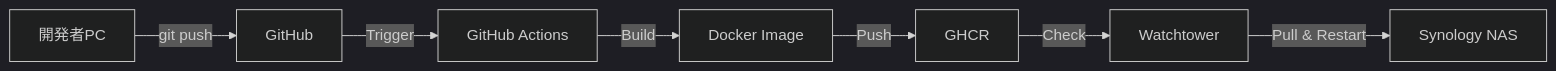
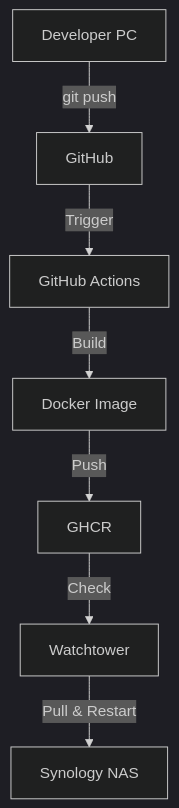
One commit to fluxrozin/kotonoha-bot changed the diagram in docs/operations/deployment-operations.md. Above: the diagram before and after it, drawn with Mermaid (dark theme). The commit also changed other lines of this file and 42 other files, not shown here.

````diff
--- a/docs/operations/deployment-operations.md
+++ b/docs/operations/deployment-operations.md
@@ -7,9 +7,9 @@
 ```mermaid
-graph LR
-    A[開発者PC] -->|git push| B[GitHub]
+graph TD
+    A[Developer PC] -->|git push| B[GitHub]
     B -->|Trigger| C[GitHub Actions]
     C -->|Build| D[Docker Image]
     D -->|Push| E[GHCR]
     E -->|Check| F[Watchtower]
     F -->|Pull & Restart| G[Synology NAS]
 ```
````
